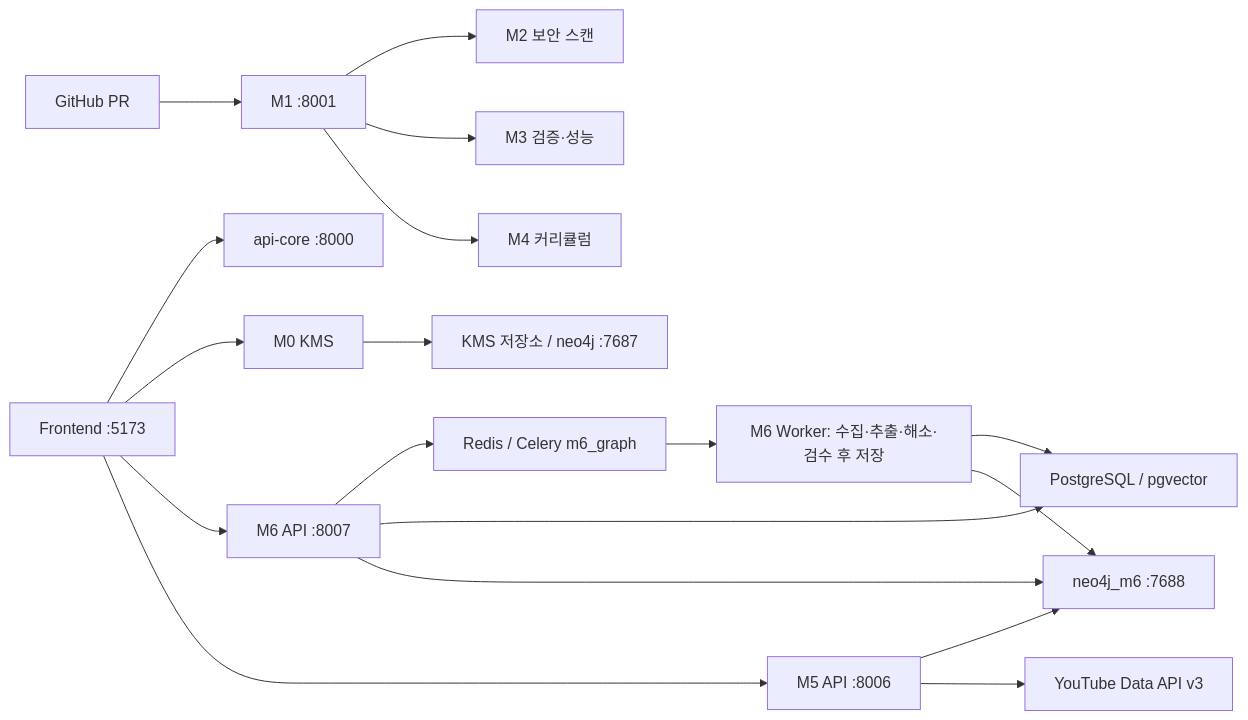
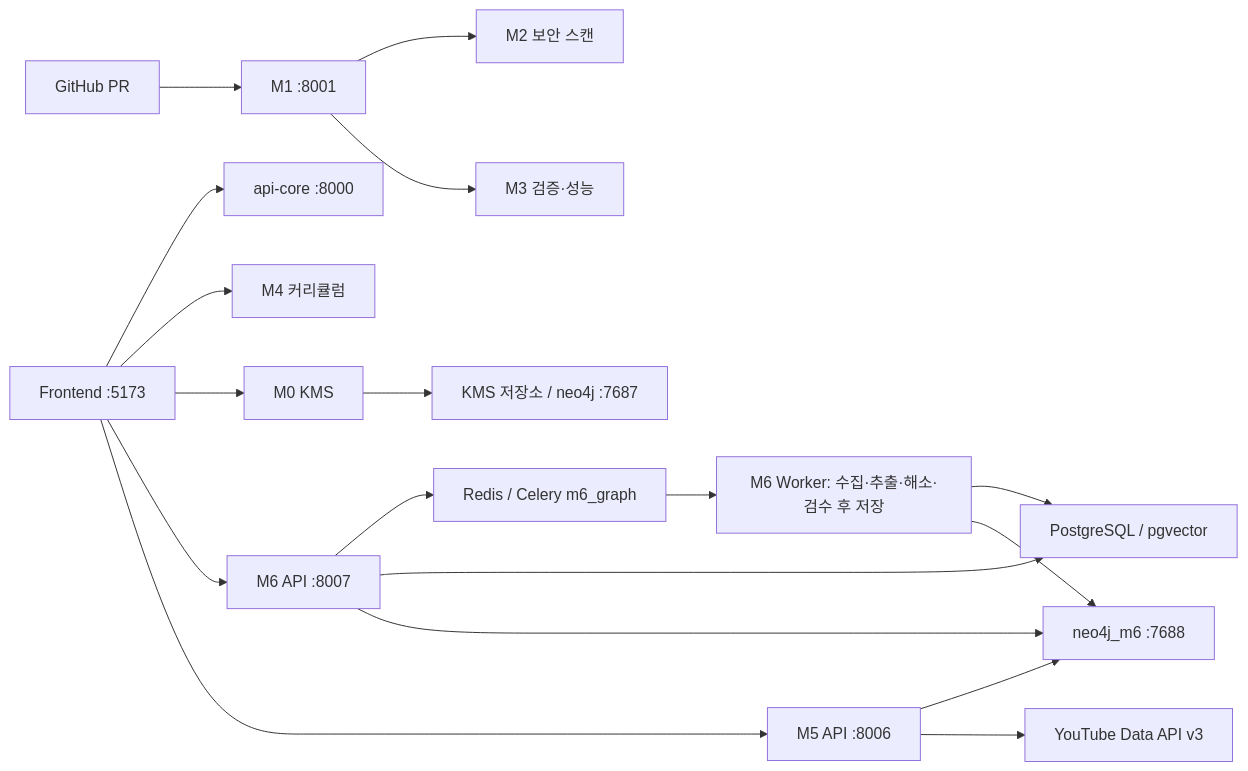
One commit to ann-star20/Code-Shepherd changed the diagram in README.md. Above: the diagram before and after it, drawn with Mermaid. The commit also changed other lines of this file and 8 other files, not shown here.

````diff
--- a/README.md
+++ b/README.md
@@ -23,20 +35,20 @@
 ```mermaid
 flowchart LR
     UI["Frontend :5173"] --> CORE["api-core :8000"]
     GH["GitHub PR"] --> M1["M1 :8001"]
     M1 --> M2["M2 보안 스캔"]
     M1 --> M3["M3 검증·성능"]
-    M1 --> M4["M4 커리큘럼"]
+    UI --> M4["M4 커리큘럼"]
     UI --> M0["M0 KMS"]
     M0 --> KMSDB["KMS 저장소 / neo4j :7687"]
     UI --> M6["M6 API :8007"]
     M6 --> R["Redis / Celery m6_graph"]
     R --> W["M6 Worker: 수집·추출·해소·검수 후 저장"]
     W --> PG["PostgreSQL / pgvector"]
     W --> KG["neo4j_m6 :7688"]
     M6 --> PG
     M6 --> KG
     UI --> M5["M5 API :8006"]
     M5 --> KG
     M5 --> YT["YouTube Data API v3"]
 ```
````
